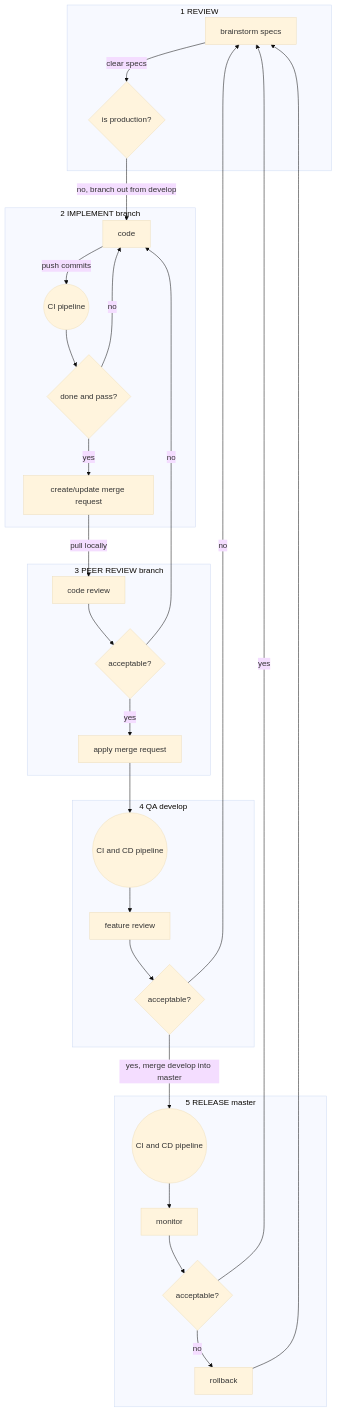
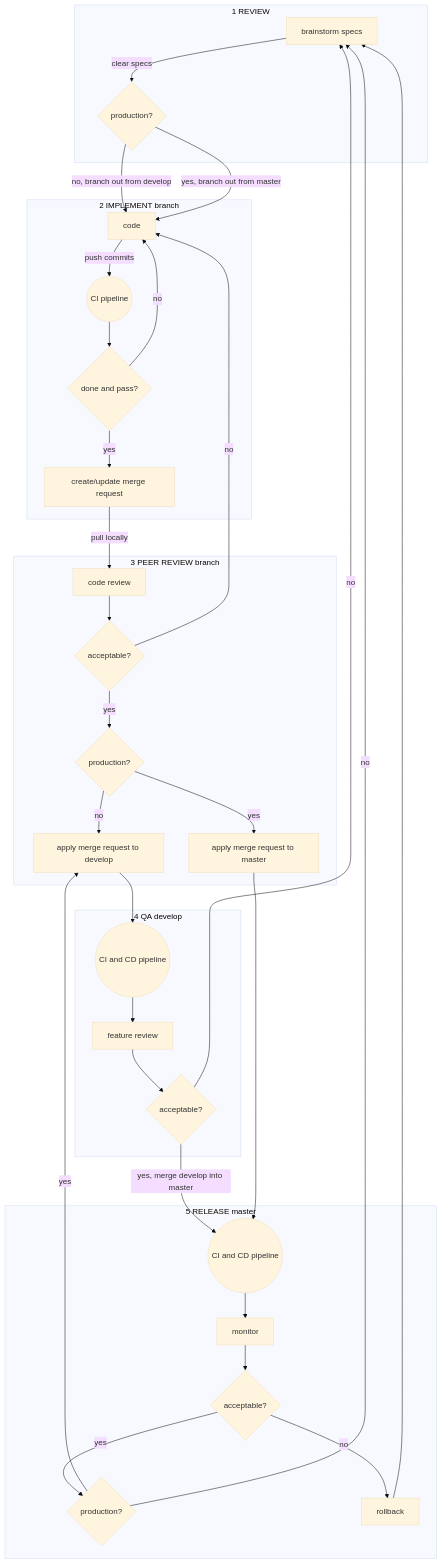
The fourth of 4 diagrams in MANIFEST.md (mmiranda222/.statsuite), drawn with Mermaid (base theme) before and after one commit.

````diff
--- a/MANIFEST.md
+++ b/MANIFEST.md
@@ -71,37 +71,43 @@
 ```mermaid
 graph TB
     subgraph 1 REVIEW
-    O[brainstorm specs] -->|clear specs| P{is production?}
+    O[brainstorm specs] -->|clear specs| P{production?}
     end
     
     subgraph 2 IMPLEMENT branch
     P -->|no, branch out from develop| C[code]
+    P -->|yes, branch out from master| C[code]
     C -->|push commits| Z((CI pipeline))
     Z --> X{done and pass?}
     X -->|yes| G["create/update merge request"]
     X -->|no| C
     end
     
     subgraph 3 PEER REVIEW branch
     G -->|pull locally| L[code review]
     L --> M{acceptable?}
-    M -->|yes| I[apply merge request]
+    M -->|yes| id4{production?}
+    id4 -->|no| id5[apply merge request to develop]
+    id4 -->|yes| id6[apply merge request to master]
     M -->|no| C
     end
     
     subgraph 4 QA develop
-    I --> Y((CI and CD pipeline))
+    id5 --> Y((CI and CD pipeline))
     Y --> J[feature review]
     J --> Q{acceptable?}
     Q -->|no| O
     end
     
     subgraph 5 RELEASE master
     Q -->|yes, merge develop into master| W((CI and CD pipeline))
+    id6 --> W
     W --> U[monitor]
     U --> id1{acceptable?}
-    id1 -->|yes| O
+    id1 -->|yes| id7{production?}
+    id7 -->|yes| id5
+    id7 -->|no| O
     id1 -->|no| id2[rollback]
     id2 --> O
     end
 ```
````
